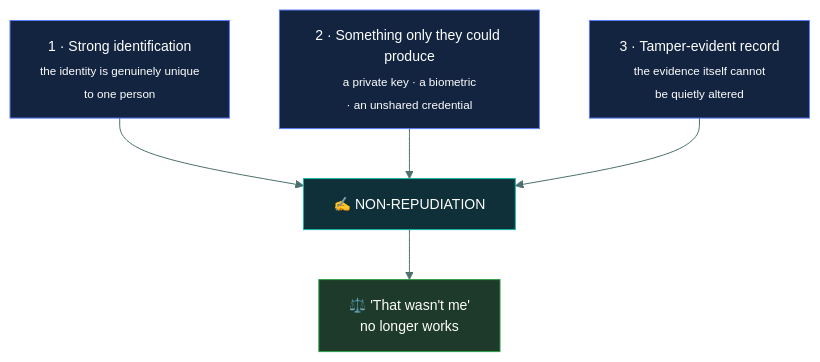
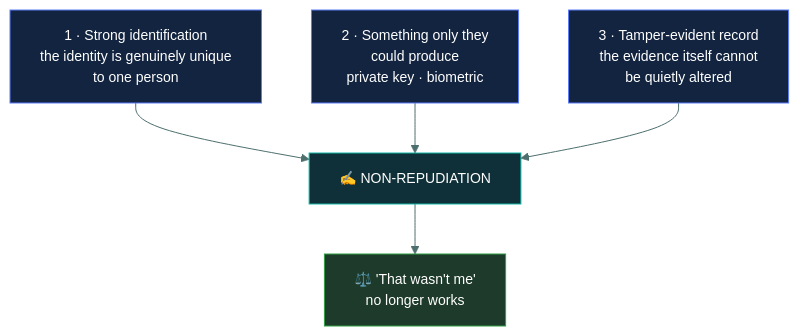
Before and after one commit to tarunTejaDesireddy/cc-exam-prep: the diagram in 01-security-principles/non-repudiation/README.md, drawn with Mermaid. The commit also changed 15 other files, not shown here.

First line of the commit message:
Fix clipped mermaid labels repo-wide; add privacy topic

````diff
--- a/01-security-principles/non-repudiation/README.md
+++ b/01-security-principles/non-repudiation/README.md
@@ -56,14 +56,14 @@
 ```mermaid
 %%{init: {'theme':'base','themeVariables':{'fontSize':'14px','lineColor':'#4d6f6e','textColor':'#dbe7e6'}}}%%
 flowchart TD
-    A["1 · Strong identification<br/><sub>the identity is genuinely unique<br/>to one person</sub>"] --> N["✍️ NON-REPUDIATION"]
-    B["2 · Something only they could produce<br/><sub>a private key · a biometric<br/>· an unshared credential</sub>"] --> N
-    C["3 · Tamper-evident record<br/><sub>the evidence itself cannot<br/>be quietly altered</sub>"] --> N
+    A["1 · Strong identification<br/>the identity is genuinely unique<br/>to one person"] --> N["✍️ NON-REPUDIATION"]
+    B["2 · Something only they<br/>could produce<br/>private key · biometric"] --> N
+    C["3 · Tamper-evident record<br/>the evidence itself cannot<br/>be quietly altered"] --> N
     N --> R["⚖️ 'That wasn't me'<br/>no longer works"]
 
     style A fill:#12243f,stroke:#5C7CFA,color:#fff
     style B fill:#12243f,stroke:#5C7CFA,color:#fff
     style C fill:#12243f,stroke:#5C7CFA,color:#fff
     style N fill:#0f3038,stroke:#12B5A5,color:#fff
     style R fill:#1d3a2a,stroke:#2F9E44,color:#fff
 ```
````
